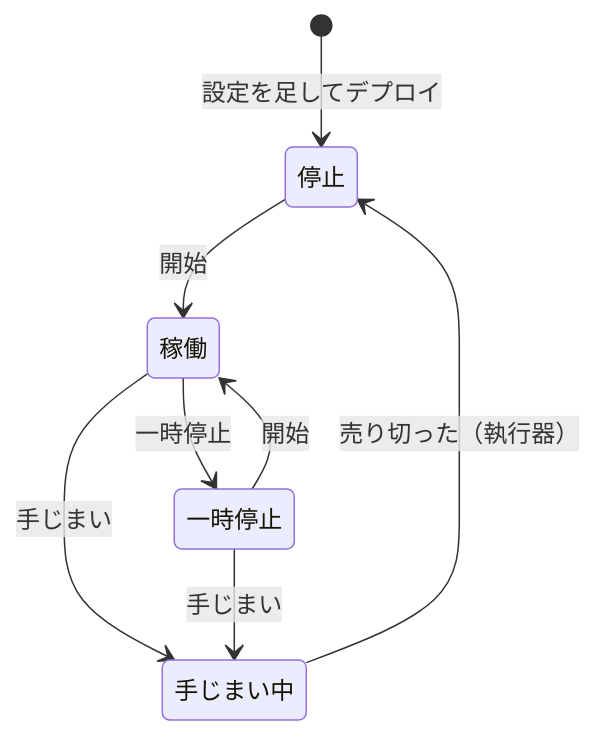
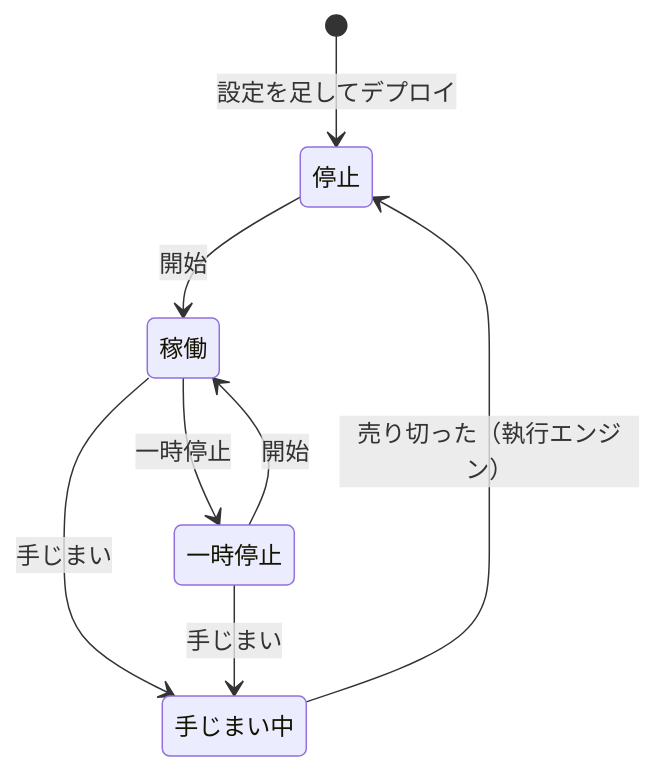
Before and after one commit to akiraak/ai-income-lab: diagram 12 of 28 in docs/specs/dashboard.md, drawn with Mermaid. The commit also changed other lines of this file and 45 other files, not shown here.

````diff
--- a/docs/specs/dashboard.md
+++ b/docs/specs/dashboard.md
@@ -648,10 +648,10 @@
 ```mermaid
 stateDiagram-v2
   [*] --> 停止: 設定を足してデプロイ
   停止 --> 稼働: 開始
   稼働 --> 一時停止: 一時停止
   一時停止 --> 稼働: 開始
   稼働 --> 手じまい中: 手じまい
   一時停止 --> 手じまい中: 手じまい
-  手じまい中 --> 停止: 売り切った（執行器）
+  手じまい中 --> 停止: 売り切った（執行エンジン）
 ```
````
